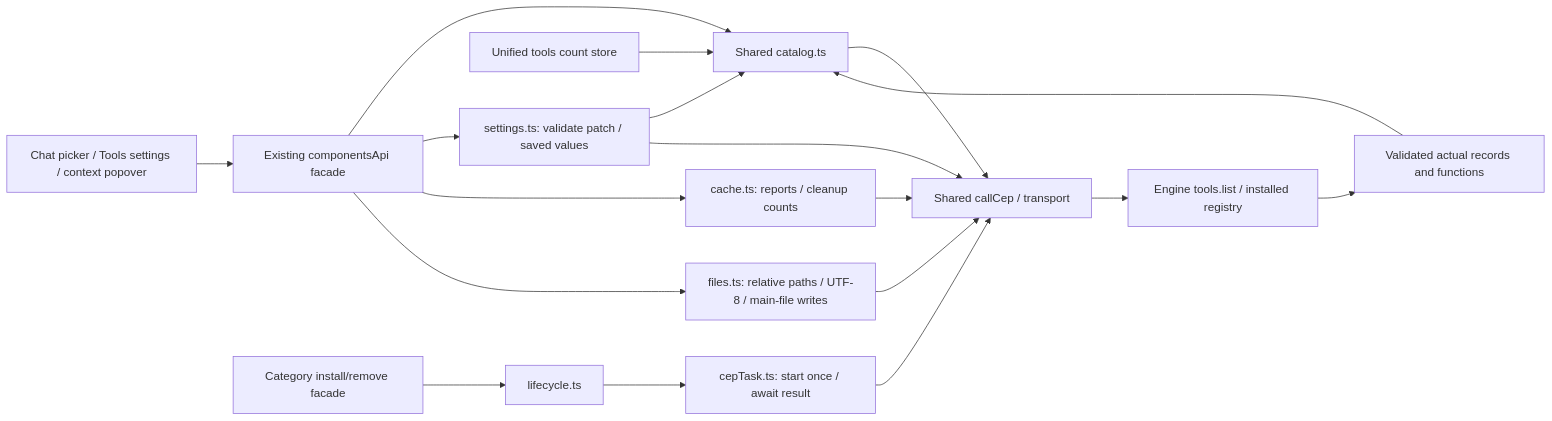
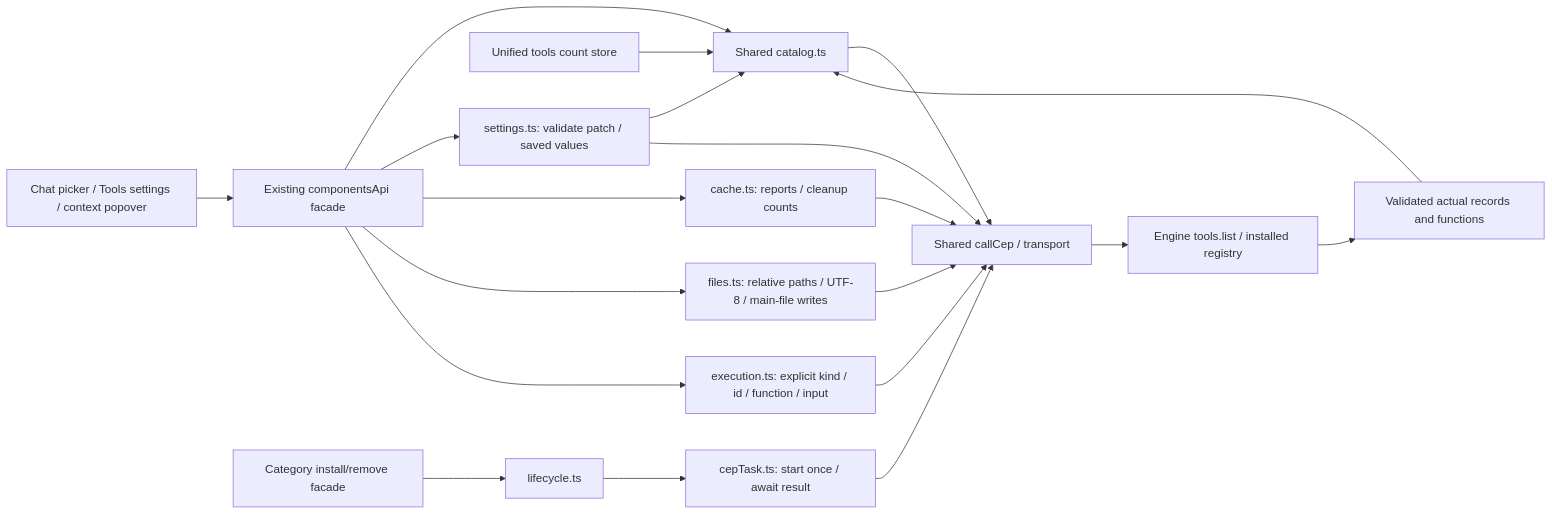
Before and after one commit to cluaiz/cluaiz-app: the diagram in src/api/engine/tools/README.md, drawn with Mermaid. The commit also changed other lines of this file and 8 other files, not shown here.

````diff
--- a/src/api/engine/tools/README.md
+++ b/src/api/engine/tools/README.md
@@ -12,20 +12,22 @@
 ```mermaid
 flowchart LR
     F["Chat picker / Tools settings / context popover"] --> C["Existing componentsApi facade"]
     S["Skills / plugins / MCP list facade"] --> R["Shared catalog.ts"]
     C --> R
     N["Unified tools count store"] --> R
     R --> P["Shared callCep / transport"]
     P --> E["Engine tools.list / installed registry"]
     E --> V["Validated actual records and functions"]
     V --> R
     C --> S["settings.ts: validate patch / saved values"]
     C --> K["cache.ts: reports / cleanup counts"]
     S --> P
     K --> P
     C --> D["files.ts: relative paths / UTF-8 / main-file writes"]
     D --> P
+    C --> X["execution.ts: explicit kind / id / function / input"]
+    X --> P
     L["Category install/remove facade"] --> O["lifecycle.ts"]
     O --> T["cepTask.ts: start once / await result"]
     T --> P
 ```
````
